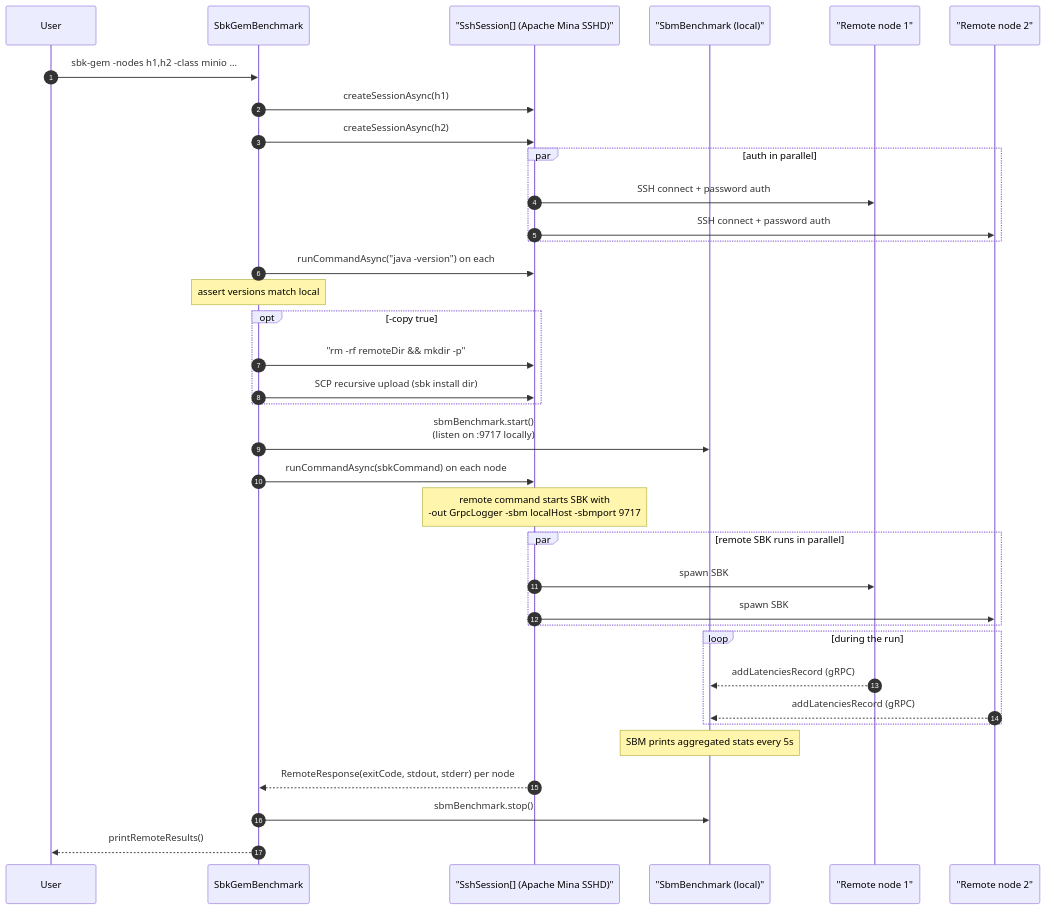
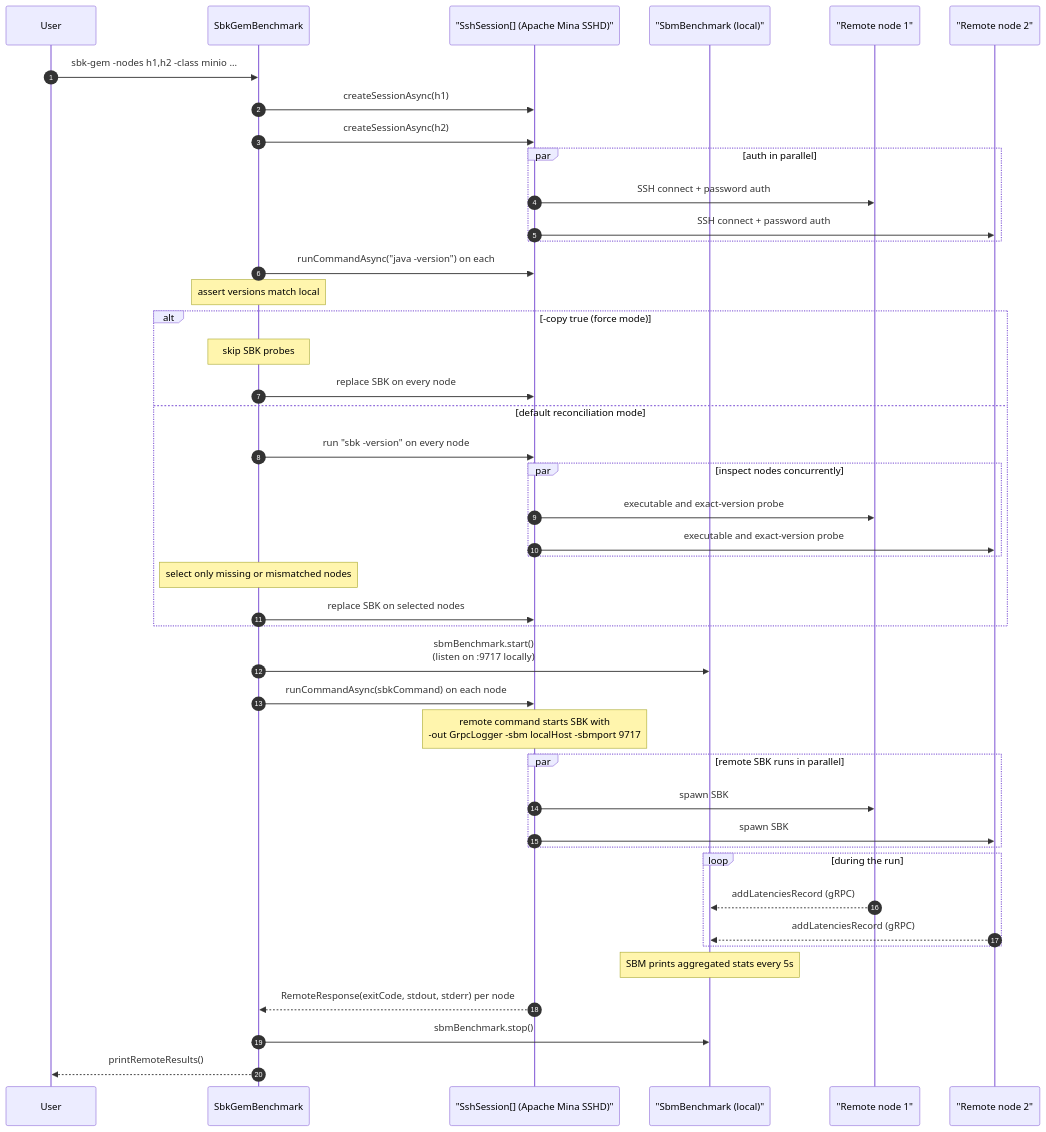
Diagram 23 of 36 in docs/sbk-internals.md (kmgowda/SBK), drawn with Mermaid before and after one commit. The commit also changed other lines of this file and 11 other files, not shown here.

Commit message:
Reconcile SBK versions on GEM nodes

````diff
--- a/docs/sbk-internals.md
+++ b/docs/sbk-internals.md
@@ -1676,47 +1676,55 @@
 ```mermaid
 sequenceDiagram
     autonumber
     participant User
     participant GEM as SbkGemBenchmark
     participant SSH as "SshSession[] (Apache Mina SSHD)"
     participant SBM as "SbmBenchmark (local)"
     participant N1 as "Remote node 1"
     participant N2 as "Remote node 2"
 
     User->>GEM: sbk-gem -nodes h1,h2 -class minio ...
     GEM->>SSH: createSessionAsync(h1)
     GEM->>SSH: createSessionAsync(h2)
     par auth in parallel
         SSH->>N1: SSH connect + password auth
         SSH->>N2: SSH connect + password auth
     end
 
     GEM->>SSH: runCommandAsync("java -version") on each
     Note over GEM: assert versions match local
 
-    opt -copy true
-        GEM->>SSH: "rm -rf remoteDir && mkdir -p"
-        GEM->>SSH: SCP recursive upload (sbk install dir)
+    alt -copy true (force mode)
+        Note over GEM: skip SBK probes
+        GEM->>SSH: replace SBK on every node
+    else default reconciliation mode
+        GEM->>SSH: run "sbk -version" on every node
+        par inspect nodes concurrently
+            SSH->>N1: executable and exact-version probe
+            SSH->>N2: executable and exact-version probe
+        end
+        Note over GEM: select only missing or mismatched nodes
+        GEM->>SSH: replace SBK on selected nodes
     end
 
     GEM->>SBM: sbmBenchmark.start()<br/>(listen on :9717 locally)
 
     GEM->>SSH: runCommandAsync(sbkCommand) on each node
     Note over SSH: remote command starts SBK with<br/>-out GrpcLogger -sbm localHost -sbmport 9717
 
     par remote SBK runs in parallel
         SSH->>N1: spawn SBK
         SSH->>N2: spawn SBK
     end
 
     loop during the run
         N1-->>SBM: addLatenciesRecord (gRPC)
         N2-->>SBM: addLatenciesRecord (gRPC)
     end
 
     Note over SBM: SBM prints aggregated stats every 5s
 
     SSH-->>GEM: RemoteResponse(exitCode, stdout, stderr) per node
     GEM->>SBM: sbmBenchmark.stop()
-    GEM-->>User: printRemoteResults()
+GEM-->>User: printRemoteResults()
 ```
````
